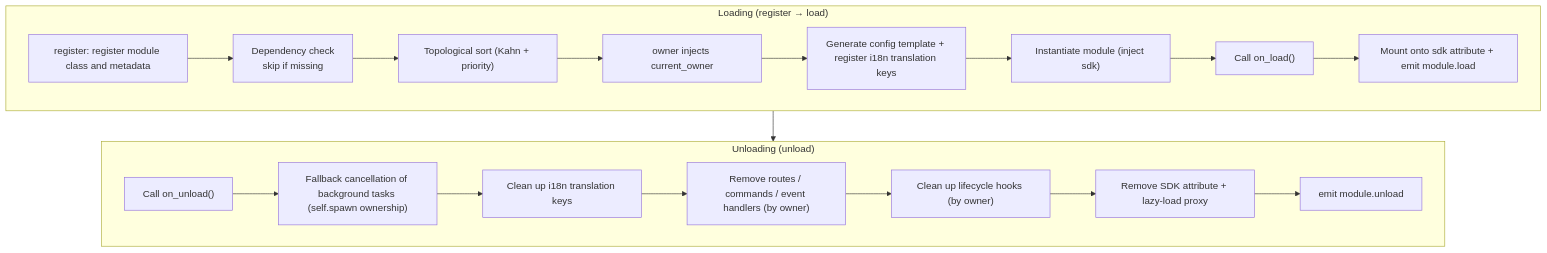
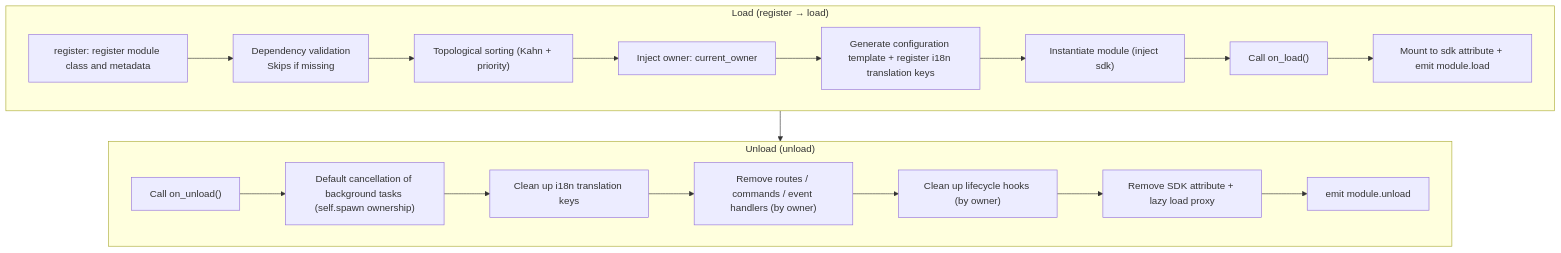
One commit to ErisPulse/ErisPulse changed the diagram in docs/en/developer-guide/modules/core-concepts.md. Above: the diagram before and after it, drawn with Mermaid. The commit also changed other lines of this file and 331 other files, not shown here.

````diff
--- a/docs/en/developer-guide/modules/core-concepts.md
+++ b/docs/en/developer-guide/modules/core-concepts.md
@@ -111,23 +111,23 @@
 ```mermaid
 flowchart TD
-    subgraph Load["Loading (register → load)"]
-        L1["register: register module class and metadata"] --> L2["Dependency check<br/>skip if missing"]
-        L2 --> L3["Topological sort (Kahn + priority)"]
-        L3 --> L4["owner injects current_owner"]
-        L4 --> L5["Generate config template + register i18n translation keys"]
+    subgraph Load["Load (register → load)"]
+        L1["register: register module class and metadata"] --> L2["Dependency validation<br/>Skips if missing"]
+        L2 --> L3["Topological sorting (Kahn + priority)"]
+        L3 --> L4["Inject owner: current_owner"]
+        L4 --> L5["Generate configuration template + register i18n translation keys"]
         L5 --> L6["Instantiate module (inject sdk)"]
         L6 --> L7["Call on_load()"]
-        L7 --> L8["Mount onto sdk attribute + emit module.load"]
+        L7 --> L8["Mount to sdk attribute + emit module.load"]
     end
 
-    subgraph Unload["Unloading (unload)"]
-        U1["Call on_unload()"] --> U2["Fallback cancellation of background tasks (self.spawn ownership)"]
+    subgraph Unload["Unload (unload)"]
+        U1["Call on_unload()"] --> U2["Default cancellation of background tasks (self.spawn ownership)"]
         U2 --> U3["Clean up i18n translation keys"]
         U3 --> U4["Remove routes / commands / event handlers (by owner)"]
         U4 --> U5["Clean up lifecycle hooks (by owner)"]
-        U5 --> U6["Remove SDK attribute + lazy-load proxy"]
+        U5 --> U6["Remove SDK attribute + lazy load proxy"]
         U6 --> U7["emit module.unload"]
     end
 
     Load --> Unload
 ```
````
